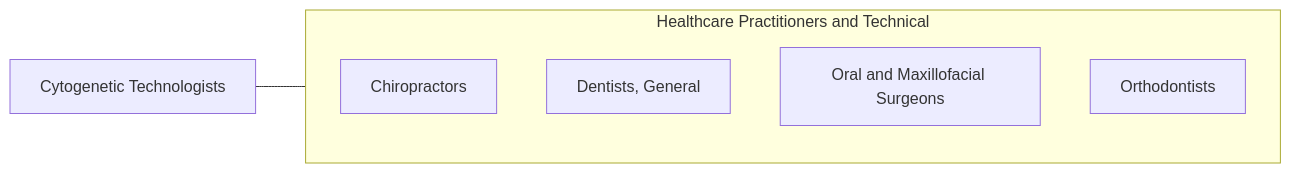
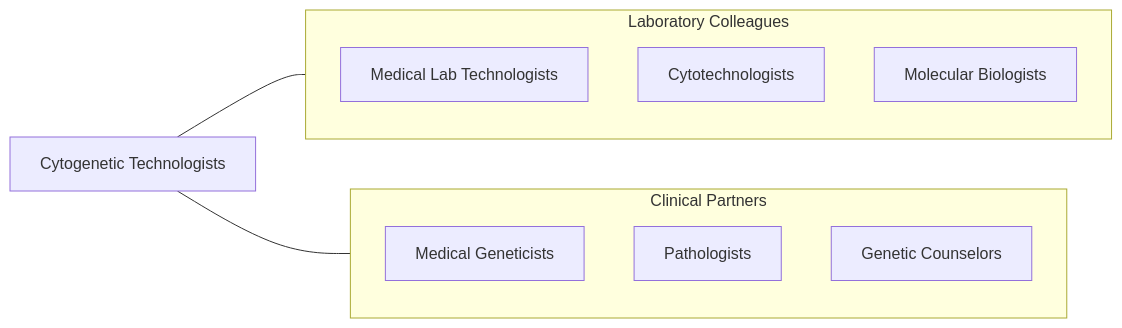
One commit to kziemski/business.org.ai changed the fourth of 4 diagrams in occupations/HealthcarePractitioners/CytogeneticTechnologists.mdx. Above: the diagram before and after it, drawn with Mermaid. The commit also changed other lines of this file and 938 other files, not shown here.

````diff
--- a/occupations/HealthcarePractitioners/CytogeneticTechnologists.mdx
+++ b/occupations/HealthcarePractitioners/CytogeneticTechnologists.mdx
@@ -113,13 +175,19 @@
 ```mermaid
 graph LR
     Current["Cytogenetic Technologists"]
 
-    subgraph SameCategory["Healthcare Practitioners and Technical"]
-        Chiropractors["Chiropractors"]
-        DentistsGeneral["Dentists, General"]
-        OralAndMaxillofacial["Oral and Maxillofacial Surgeons"]
-        Orthodontists["Orthodontists"]
+    subgraph LabTeam["Laboratory Colleagues"]
+        MedTech["Medical Lab Technologists"]
+        Cytotech["Cytotechnologists"]
+        MolBio["Molecular Biologists"]
     end
 
-    Current --- SameCategory
+    subgraph Clinical["Clinical Partners"]
+        Geneticists["Medical Geneticists"]
+        Pathologists["Pathologists"]
+        GeneticCounselors["Genetic Counselors"]
+    end
+
+    Current --- LabTeam
+    Current --- Clinical
 ```
````
